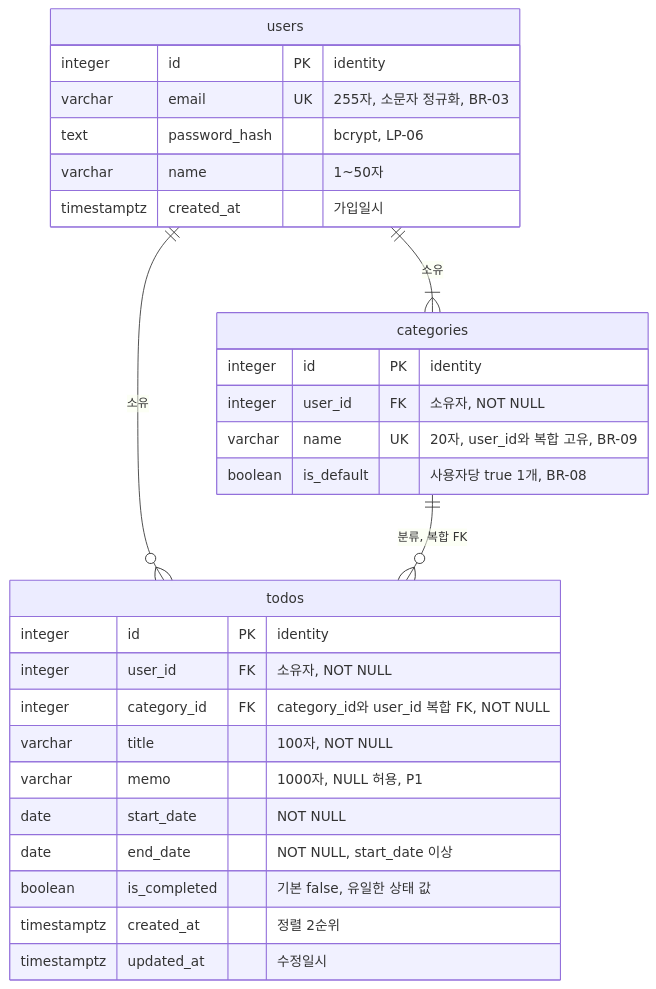
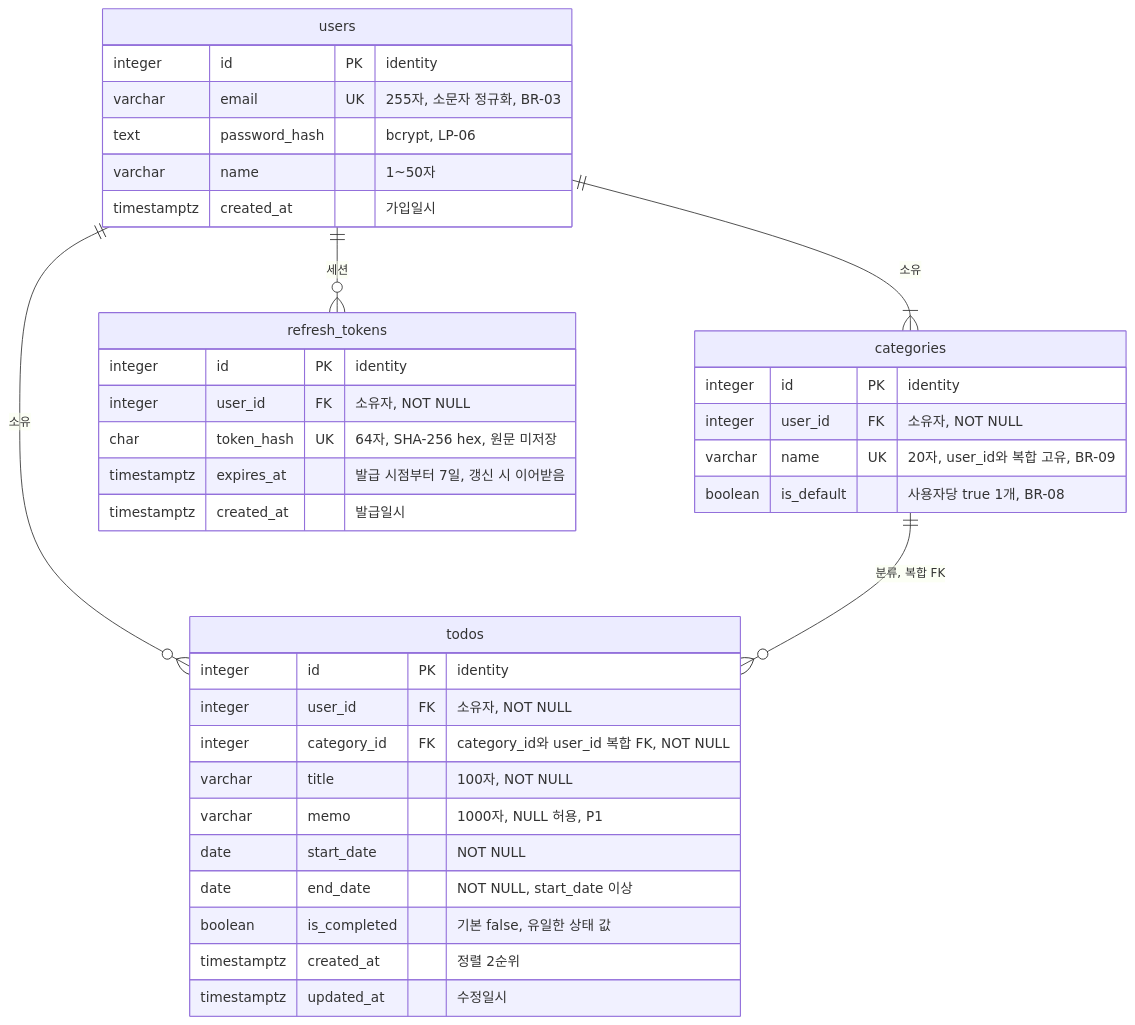
The second of 3 diagrams in docs/7-erd.md (wjdxo513/todolist-app), drawn with Mermaid before and after one commit. The commit also changed other lines of this file and 7 other files, not shown here.

First line of the commit message:
docs: 실행 계획 추가, JWT HS384·Refresh Token 적용, 문서 간 불일치 정리

````diff
--- a/docs/7-erd.md
+++ b/docs/7-erd.md
@@ -49,34 +60,43 @@
 ```mermaid
 erDiagram
     users ||--|{ categories : "소유"
     users ||--o{ todos : "소유"
     categories ||--o{ todos : "분류, 복합 FK"
+    users ||--o{ refresh_tokens : "세션"
 
     users {
         integer id PK "identity"
         varchar email UK "255자, 소문자 정규화, BR-03"
         text password_hash "bcrypt, LP-06"
         varchar name "1~50자"
         timestamptz created_at "가입일시"
     }
 
     categories {
         integer id PK "identity"
         integer user_id FK "소유자, NOT NULL"
         varchar name UK "20자, user_id와 복합 고유, BR-09"
         boolean is_default "사용자당 true 1개, BR-08"
     }
 
     todos {
         integer id PK "identity"
         integer user_id FK "소유자, NOT NULL"
         integer category_id FK "category_id와 user_id 복합 FK, NOT NULL"
         varchar title "100자, NOT NULL"
         varchar memo "1000자, NULL 허용, P1"
         date start_date "NOT NULL"
         date end_date "NOT NULL, start_date 이상"
         boolean is_completed "기본 false, 유일한 상태 값"
         timestamptz created_at "정렬 2순위"
         timestamptz updated_at "수정일시"
     }
+
+    refresh_tokens {
+        integer id PK "identity"
+        integer user_id FK "소유자, NOT NULL"
+        char token_hash UK "64자, SHA-256 hex, 원문 미저장"
+        timestamptz expires_at "발급 시점부터 7일, 갱신 시 이어받음"
+        timestamptz created_at "발급일시"
+    }
 ```
````
